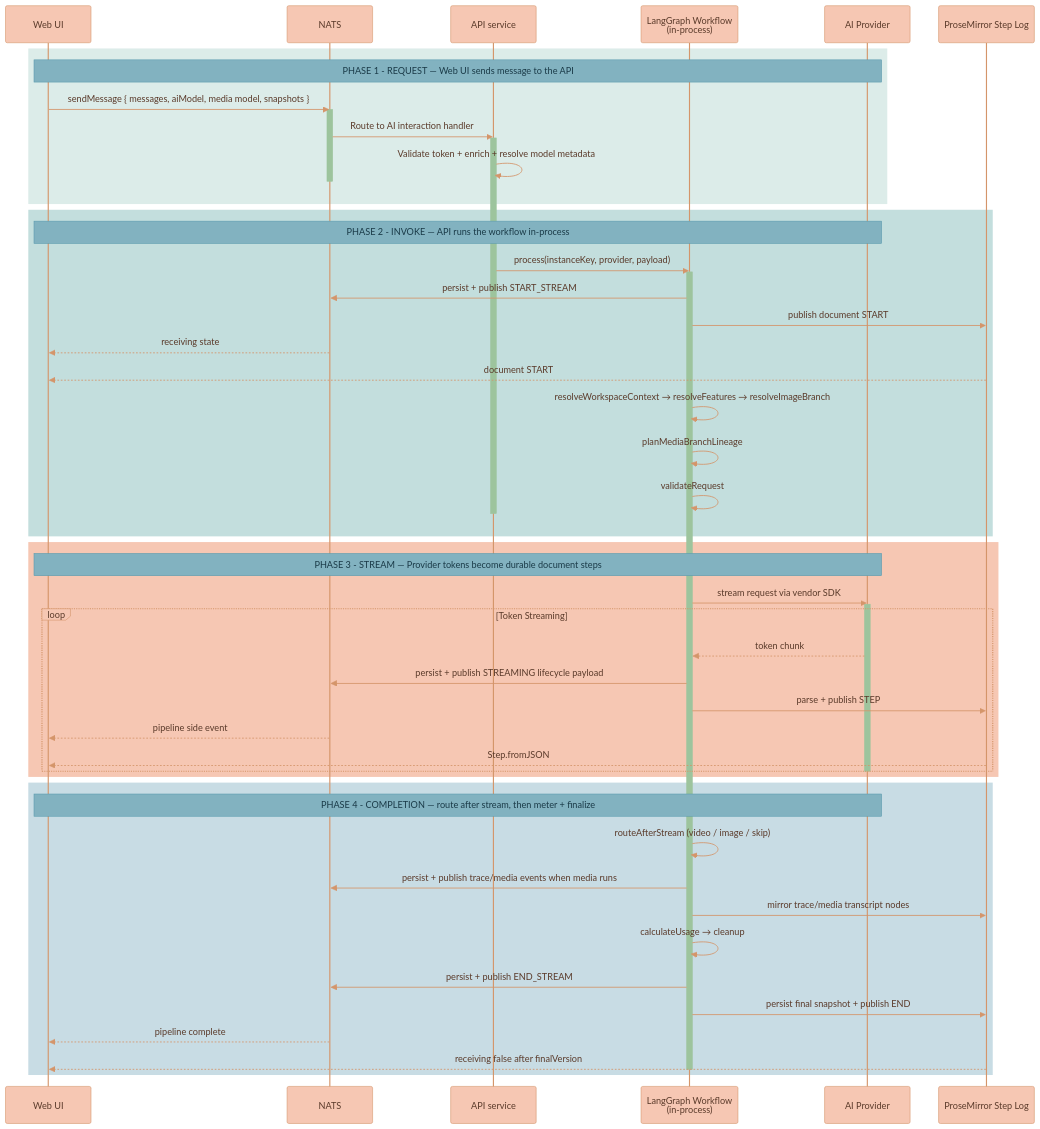
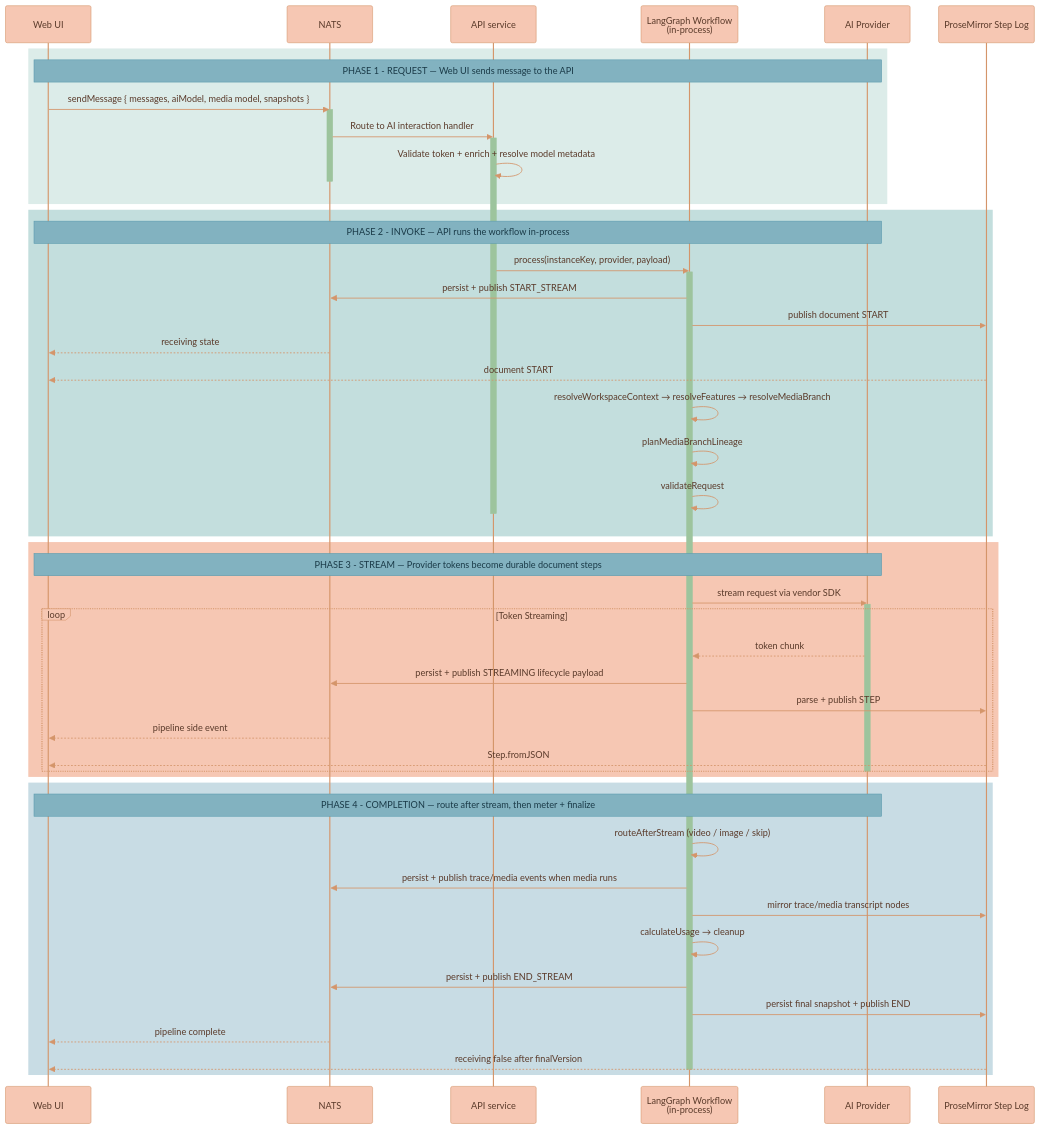
The third of 3 diagrams in documentation/platform/AI-GENERATION-PIPELINE.md (Lixpi/lixpi), drawn with Mermaid before and after one commit. The commit also changed other lines of this file and 40 other files, not shown here.

Commit message:
LIX-307 # Rename image-branch resolver to media-branch resolver for image/video parity

````diff
--- a/documentation/platform/AI-GENERATION-PIPELINE.md
+++ b/documentation/platform/AI-GENERATION-PIPELINE.md
@@ -275,73 +275,73 @@
 ```mermaid
 %%{init: {'theme': 'base', 'themeVariables': { 'noteBkgColor': '#82B2C0', 'noteTextColor': '#1a3a47', 'noteBorderColor': '#5a9aad', 'actorBkg': '#F6C7B3', 'actorBorder': '#d4956a', 'actorTextColor': '#5a3a2a', 'actorLineColor': '#d4956a', 'signalColor': '#d4956a', 'signalTextColor': '#5a3a2a', 'labelBoxBkgColor': '#F6C7B3', 'labelBoxBorderColor': '#d4956a', 'labelTextColor': '#5a3a2a', 'loopTextColor': '#5a3a2a', 'activationBorderColor': '#9DC49D', 'activationBkgColor': '#9DC49D', 'sequenceNumberColor': '#5a3a2a'}}}%%
 sequenceDiagram
     participant WebUI as Web UI
     participant NATS as NATS
     participant API as API service
     participant LLM as LangGraph Workflow<br/>(in-process)
     participant AI as AI Provider
     participant PM as ProseMirror Step Log
 
     %% ═══════════════════════════════════════════════════════════════
     %% PHASE 1: REQUEST
     %% ═══════════════════════════════════════════════════════════════
     rect rgb(220, 236, 233)
         Note over WebUI, AI: PHASE 1 - REQUEST — Web UI sends message to the API
         WebUI->>NATS: sendMessage { messages, aiModel, media model, snapshots }
         activate NATS
         NATS->>API: Route to AI interaction handler
         activate API
         API->>API: Validate token + enrich + resolve model metadata
         deactivate NATS
     end
 
     %% ═══════════════════════════════════════════════════════════════
     %% PHASE 2: INVOKE + PRE-STREAM
     %% ═══════════════════════════════════════════════════════════════
     rect rgb(195, 222, 221)
         Note over WebUI, AI: PHASE 2 - INVOKE — API runs the workflow in-process
         API->>LLM: process(instanceKey, provider, payload)
         activate LLM
         LLM->>NATS: persist + publish START_STREAM
         LLM->>PM: publish document START
         NATS-->>WebUI: receiving state
         PM-->>WebUI: document START
-        LLM->>LLM: resolveWorkspaceContext → resolveFeatures → resolveImageBranch
+        LLM->>LLM: resolveWorkspaceContext → resolveFeatures → resolveMediaBranch
         LLM->>LLM: planMediaBranchLineage
         LLM->>LLM: validateRequest
         deactivate API
     end
 
     %% ═══════════════════════════════════════════════════════════════
     %% PHASE 3: STREAM
     %% ═══════════════════════════════════════════════════════════════
     rect rgb(246, 199, 179)
         Note over WebUI, AI: PHASE 3 - STREAM — Provider tokens become durable document steps
         LLM->>AI: stream request via vendor SDK
         activate AI
         loop Token Streaming
             AI-->>LLM: token chunk
             LLM->>NATS: persist + publish STREAMING lifecycle payload
             LLM->>PM: parse + publish STEP
             NATS-->>WebUI: pipeline side event
             PM-->>WebUI: Step.fromJSON
         end
         deactivate AI
     end
 
     %% ═══════════════════════════════════════════════════════════════
     %% PHASE 4: COMPLETION
     %% ═══════════════════════════════════════════════════════════════
     rect rgb(200, 220, 228)
         Note over WebUI, AI: PHASE 4 - COMPLETION — route after stream, then meter + finalize
         LLM->>LLM: routeAfterStream (video / image / skip)
         LLM->>NATS: persist + publish trace/media events when media runs
         LLM->>PM: mirror trace/media transcript nodes
         LLM->>LLM: calculateUsage → cleanup
         LLM->>NATS: persist + publish END_STREAM
         LLM->>PM: persist final snapshot + publish END
         NATS-->>WebUI: pipeline complete
         PM-->>WebUI: receiving false after finalVersion
         deactivate LLM
     end
 ```
````
